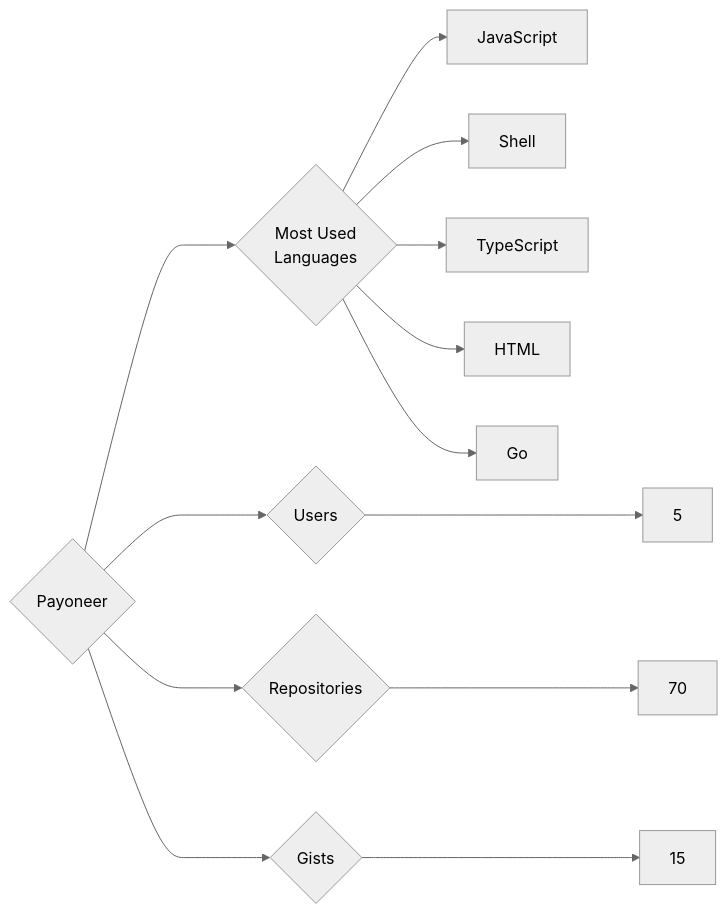
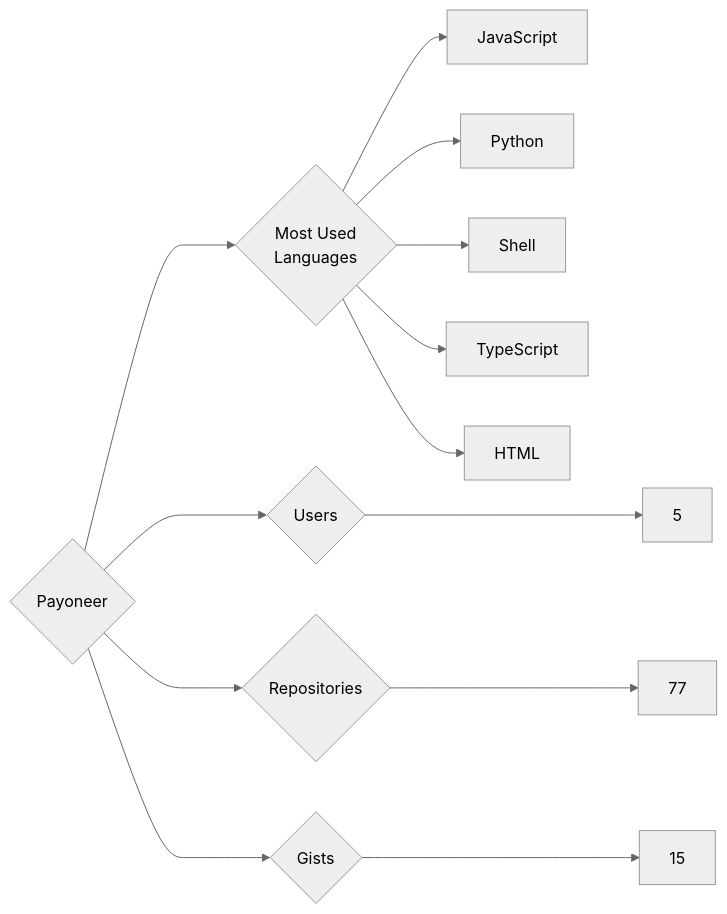
One commit to trickest/insiders changed the diagram in targets/Payoneer/README.md. Above: the diagram before and after it, drawn with Mermaid (neutral theme). The commit also changed 1496 other files, not shown here.

````diff
--- a/targets/Payoneer/README.md
+++ b/targets/Payoneer/README.md
@@ -3,13 +3,13 @@
 ```mermaid
 graph LR
 COMPANY_NAME{Payoneer}
 COMPANY_NAME ---> U{Users} ---> UN[5]
-COMPANY_NAME ---> R{Repositories} ---> RN[70]
+COMPANY_NAME ---> R{Repositories} ---> RN[77]
 COMPANY_NAME ---> G{Gists} ---> GN[15]
 COMPANY_NAME ---> ML{Most Used<br>Languages}
 ML --> JavaScript[JavaScript]
+ML --> Python[Python]
 ML --> Shell[Shell]
 ML --> TypeScript[TypeScript]
 ML --> HTML[HTML]
-ML --> Go[Go]
 ```
````
